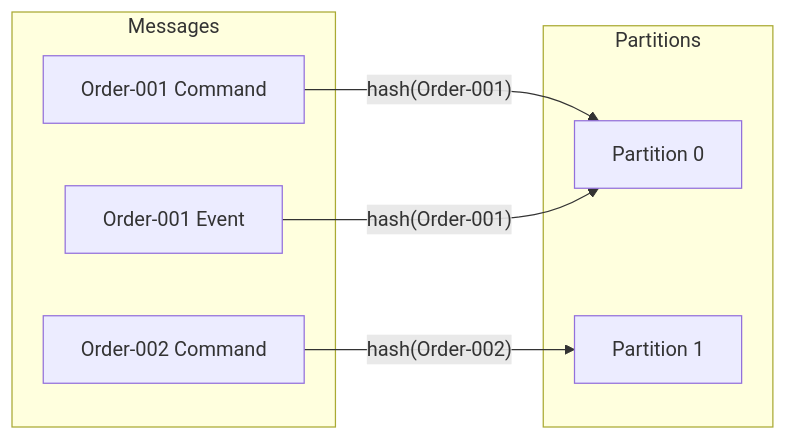
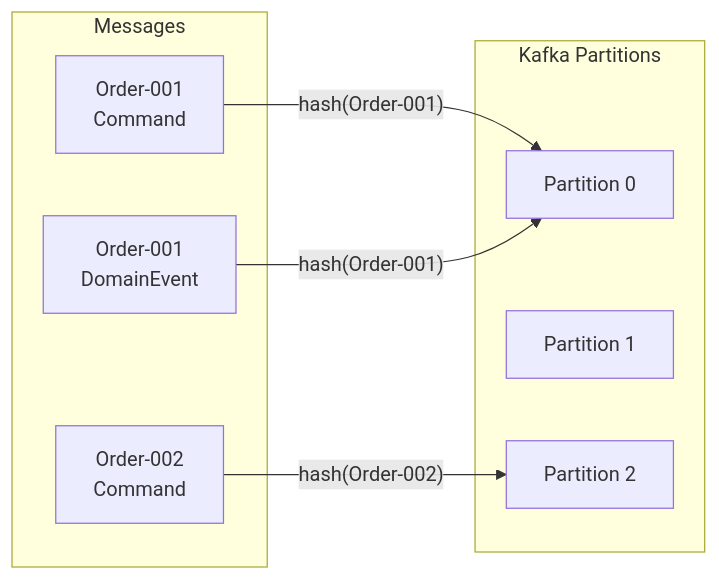
One commit to Ahoo-Wang/Wow changed the fifth of 6 diagrams in documentation/docs/en/guide/extensions/kafka.md. Above: the diagram before and after it, drawn with Mermaid. The commit also changed other lines of this file and 79 other files, not shown here.

First line of the commit message:
docs: restructure documentation into three-layer progressive architecture

````diff
--- a/documentation/docs/en/guide/extensions/kafka.md
+++ b/documentation/docs/en/guide/extensions/kafka.md
@@ -110,18 +281,16 @@
 ```mermaid
 flowchart LR
     subgraph Messages["Messages"]
-        M1["Order-001 Command"]
-        M2["Order-002 Command"]
-        M3["Order-001 Event"]
+        C1["Order-001<br>Command"]
+        C2["Order-002<br>Command"]
+        E1["Order-001<br>DomainEvent"]
     end
-    
-    subgraph Partitions["Partitions"]
+    subgraph Partitions["Kafka Partitions"]
         P0["Partition 0"]
         P1["Partition 1"]
+        P2["Partition 2"]
     end
-    
-    M1 -->|"hash(Order-001)"| P0
-    M2 -->|"hash(Order-002)"| P1
-    M3 -->|"hash(Order-001)"| P0
-
+    C1 -->|"hash(Order-001)"| P0
+    C2 -->|"hash(Order-002)"| P2
+    E1 -->|"hash(Order-001)"| P0
 ```
````
